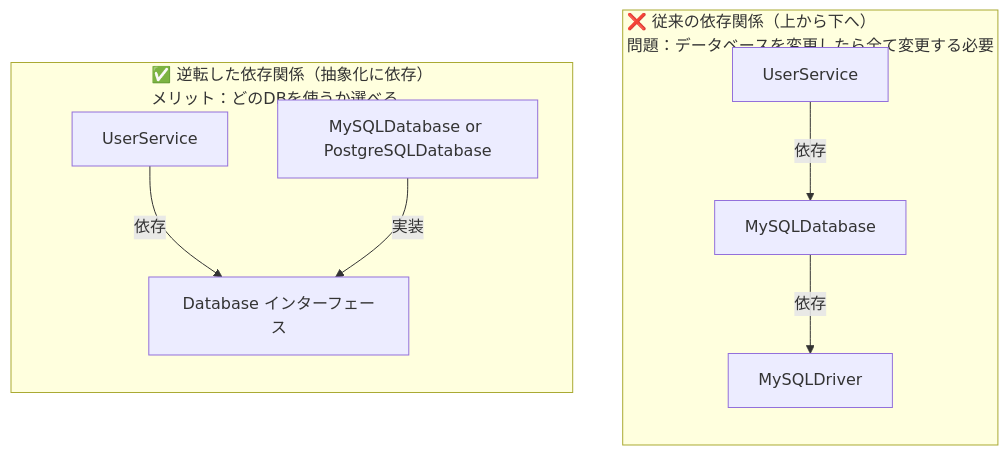
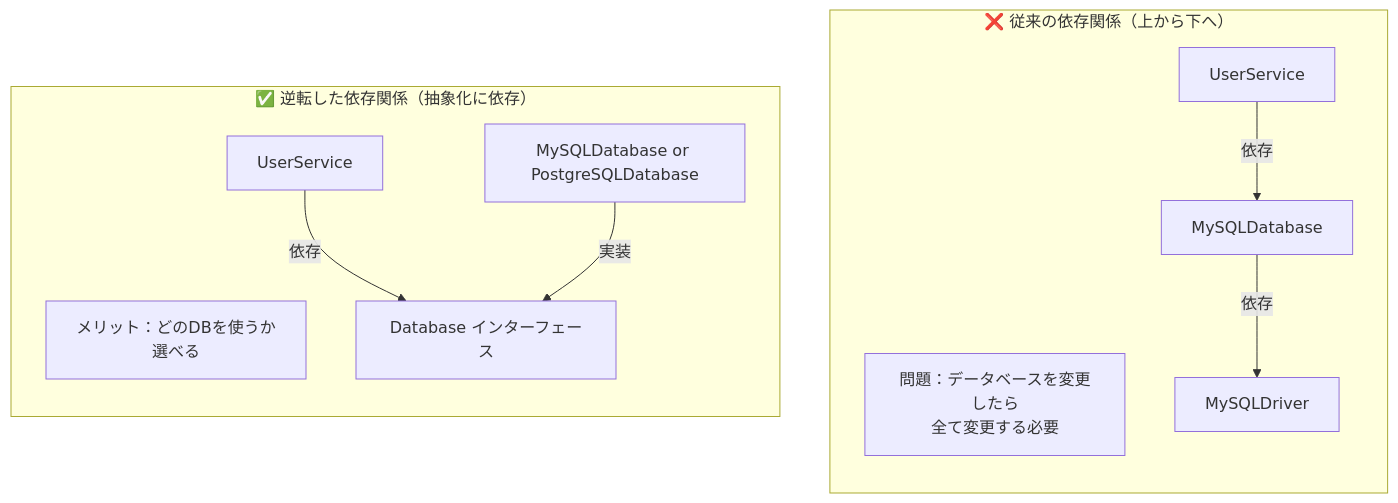
One commit to duwenji/clean-architecture changed the first of 5 diagrams in docs/02-core-principles/05-dependency-inversion.md. Above: the diagram before and after it, drawn with Mermaid. The commit also changed other lines of this file and 63 other files, not shown here.

Commit message:
Update mermaid images: remove outdated files and add new graphics

````diff
--- a/docs/02-core-principles/05-dependency-inversion.md
+++ b/docs/02-core-principles/05-dependency-inversion.md
@@ -7,14 +7,16 @@
 ```mermaid
 flowchart TD
-    subgraph Before["❌ 従来の依存関係（上から下へ）<br/>問題：データベースを変更したら全て変更する必要"]
+    subgraph Before["❌ 従来の依存関係（上から下へ）"]
         direction TB
+        BNote["問題：データベースを変更したら<br/>全て変更する必要"]
         B1[UserService] -->|依存| B2[MySQLDatabase]
         B2 -->|依存| B3[MySQLDriver]
     end
 
-    subgraph After["✅ 逆転した依存関係（抽象化に依存）<br/>メリット：どのDBを使うか選べる"]
+    subgraph After["✅ 逆転した依存関係（抽象化に依存）"]
         direction TB
+        ANote["メリット：どのDBを使うか選べる"]
         A1[UserService] -->|依存| A2["Database インターフェース"]
         A3["MySQLDatabase or PostgreSQLDatabase"] -->|実装| A2
     end
 ```
````
